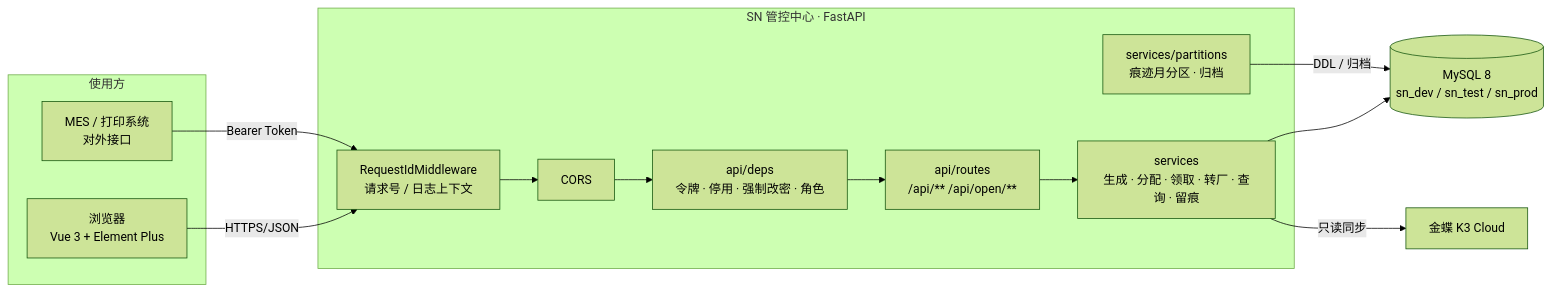
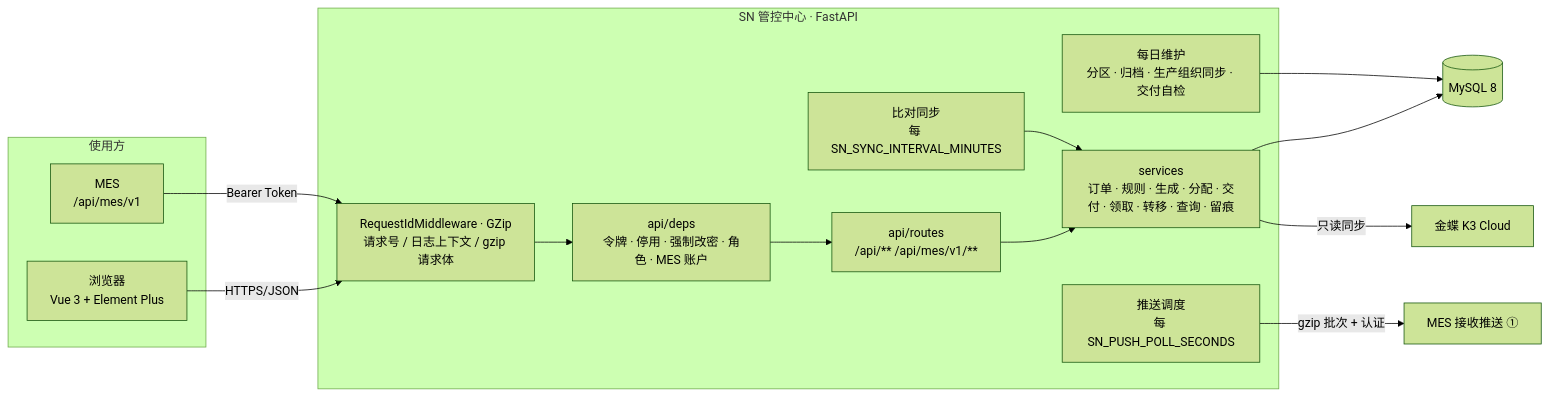
The first of 14 diagrams in docs/技术文档.md (Createsnow/sn-center), drawn with Mermaid (forest theme) before and after one commit. The commit also changed other lines of this file and 83 other files, not shown here.

````diff
--- a/docs/技术文档.md
+++ b/docs/技术文档.md
@@ -23,22 +24,26 @@
 ```mermaid
 flowchart LR
     subgraph Client[使用方]
         B[浏览器<br/>Vue 3 + Element Plus]
-        M[MES / 打印系统<br/>对外接口]
+        M[MES<br/>/api/mes/v1]
     end
     subgraph App[SN 管控中心 · FastAPI]
-        F1[RequestIdMiddleware<br/>请求号 / 日志上下文]
-        F2[CORS]
-        I[api/deps<br/>令牌 · 停用 · 强制改密 · 角色]
-        C[api/routes<br/>/api/**  /api/open/**]
-        S[services<br/>生成 · 分配 · 领取 · 转厂 · 查询 · 留痕]
-        P[services/partitions<br/>痕迹月分区 · 归档]
+        F1[RequestIdMiddleware · GZip<br/>请求号 / 日志上下文 / gzip 请求体]
+        I[api/deps<br/>令牌 · 停用 · 强制改密 · 角色 · MES 账户]
+        C[api/routes<br/>/api/**  /api/mes/v1/**]
+        S[services<br/>订单 · 规则 · 生成 · 分配 · 交付 · 领取 · 转移 · 查询 · 留痕]
+        T1[每日维护<br/>分区 · 归档 · 生产组织同步 · 交付自检]
+        T2[比对同步<br/>每 SN_SYNC_INTERVAL_MINUTES]
+        T3[推送调度<br/>每 SN_PUSH_POLL_SECONDS]
     end
-    DB[(MySQL 8<br/>sn_dev / sn_test / sn_prod)]
+    DB[(MySQL 8)]
     K3[金蝶 K3 Cloud]
+    MESR[MES 接收推送 ①]
     B -- HTTPS/JSON --> F1
     M -- Bearer Token --> F1
-    F1 --> F2 --> I --> C --> S --> DB
+    F1 --> I --> C --> S --> DB
     S -- 只读同步 --> K3
-    P -- DDL / 归档 --> DB
+    T1 --> DB
+    T2 --> S
+    T3 -- gzip 批次 + 认证 --> MESR
 ```
````
